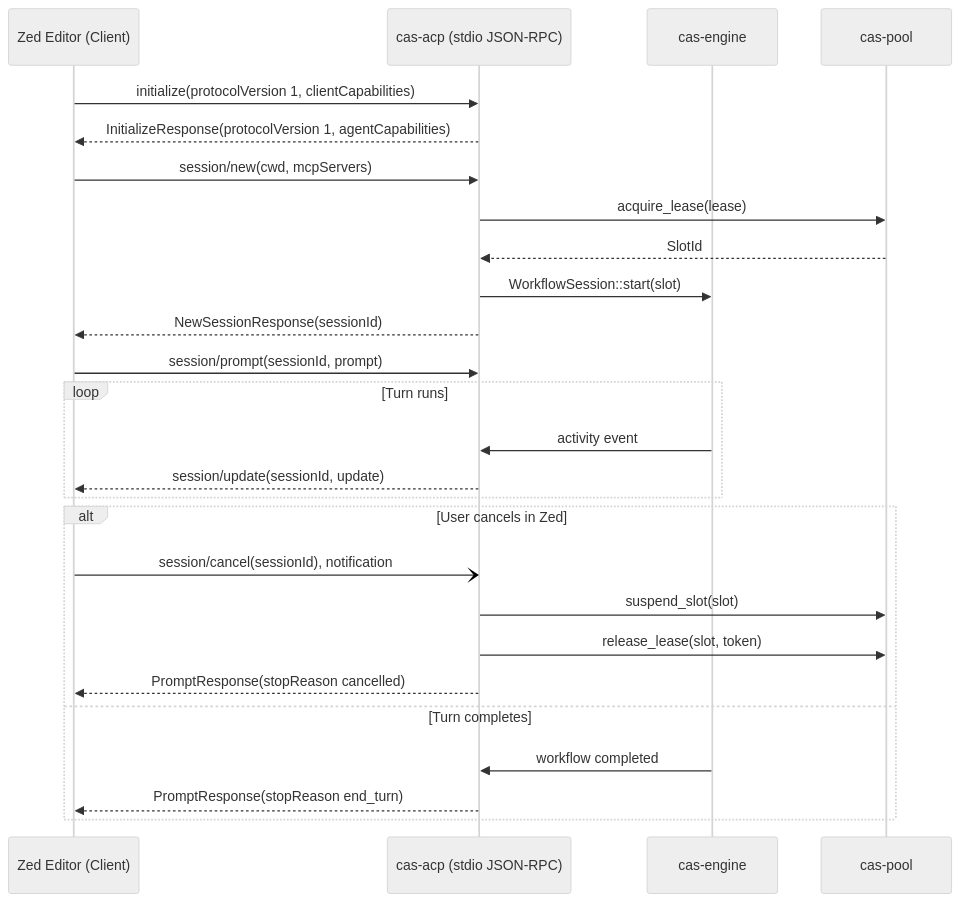
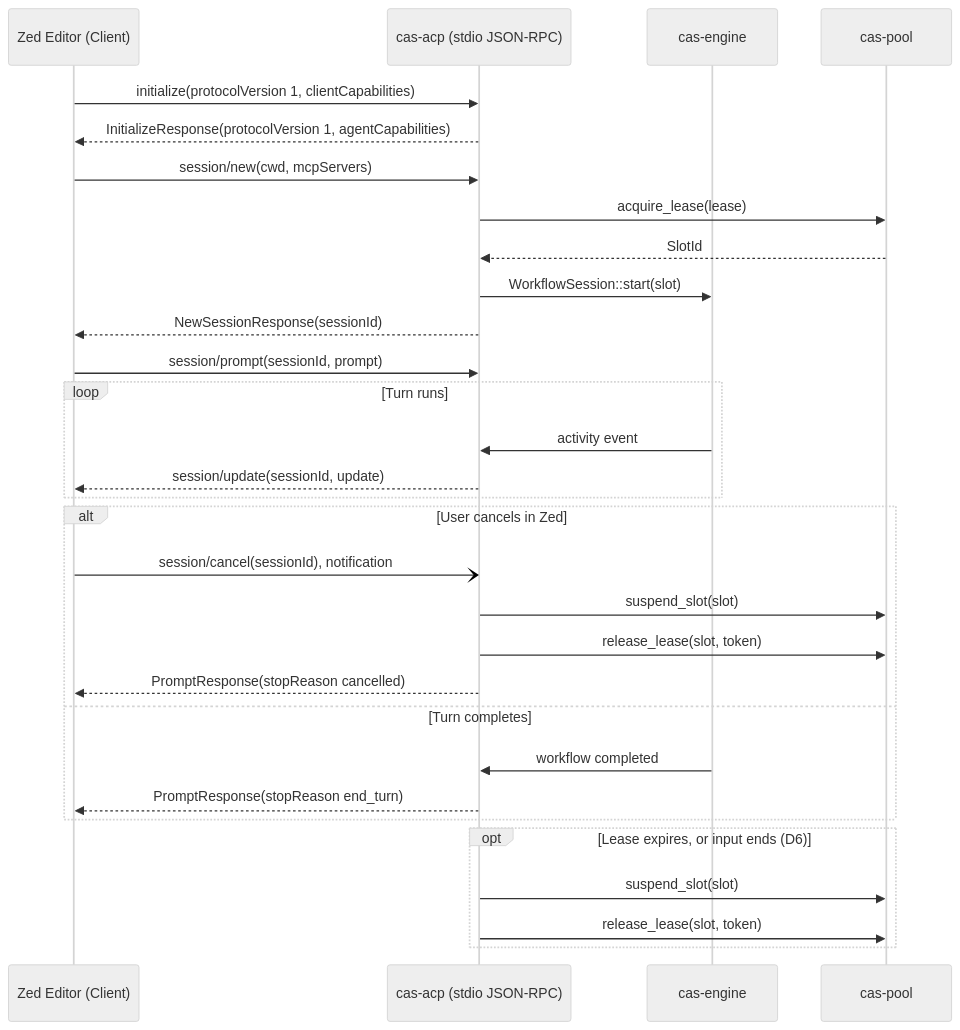
The diagram in specs/0016-zed-agent-communication-protocol.md (unsigned-gg/uas), drawn with Mermaid (neutral theme) before and after one commit. The commit also changed other lines of this file, not shown here.

First line of the commit message:
docs(spec-0016): release a session's slot on lease expiry and end of input

````diff
--- a/specs/0016-zed-agent-communication-protocol.md
+++ b/specs/0016-zed-agent-communication-protocol.md
@@ -81,32 +114,37 @@
 ```mermaid
 sequenceDiagram
     participant Zed as Zed Editor (Client)
     participant ACP as cas-acp (stdio JSON-RPC)
     participant Engine as cas-engine
     participant Pool as cas-pool
 
     Zed->>ACP: initialize(protocolVersion 1, clientCapabilities)
     ACP-->>Zed: InitializeResponse(protocolVersion 1, agentCapabilities)
 
     Zed->>ACP: session/new(cwd, mcpServers)
     ACP->>Pool: acquire_lease(lease)
     Pool-->>ACP: SlotId
     ACP->>Engine: WorkflowSession::start(slot)
     ACP-->>Zed: NewSessionResponse(sessionId)
 
     Zed->>ACP: session/prompt(sessionId, prompt)
     loop Turn runs
         Engine->>ACP: activity event
         ACP-->>Zed: session/update(sessionId, update)
     end
 
     alt User cancels in Zed
         Zed-)ACP: session/cancel(sessionId), notification
         ACP->>Pool: suspend_slot(slot)
         ACP->>Pool: release_lease(slot, token)
         ACP-->>Zed: PromptResponse(stopReason cancelled)
     else Turn completes
         Engine->>ACP: workflow completed
         ACP-->>Zed: PromptResponse(stopReason end_turn)
     end
+
+    opt Lease expires, or input ends (D6)
+        ACP->>Pool: suspend_slot(slot)
+        ACP->>Pool: release_lease(slot, token)
+    end
 ```
````
